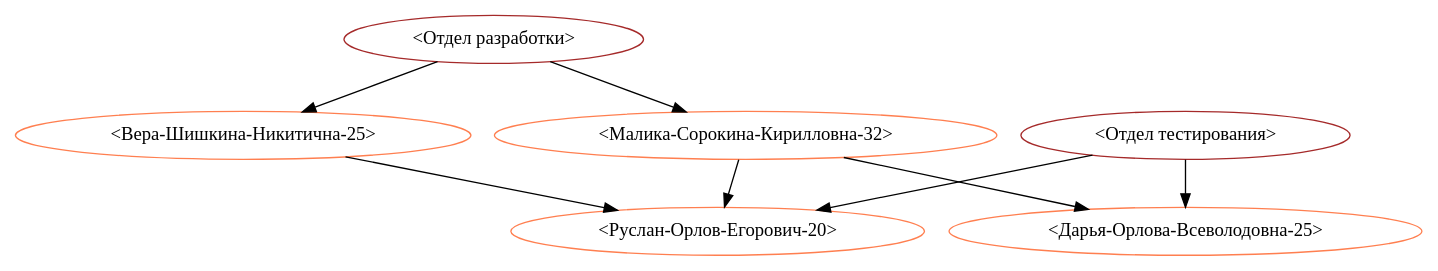
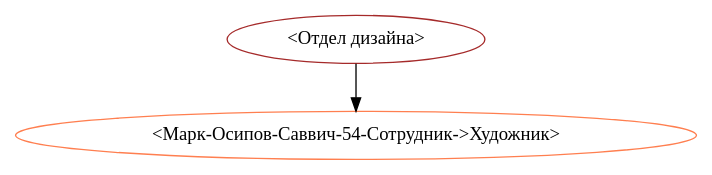
The diagram in PracticalTask1/Static/GraphDot.dot (VasiliyNichnikov/SystemDataAnalysisPracticalTask1), drawn with Graphviz before and after one commit. The commit also changed 17 other files, not shown here.

```diff
--- a/PracticalTask1/Static/GraphDot.dot
+++ b/PracticalTask1/Static/GraphDot.dot
@@ -1,15 +1,5 @@
 digraph G {
-0 [label="<Отдел тестирования>", color="#A52A2AFF"];
-1 [label="<Руслан-Орлов-Егорович-20>", color="#FF7F50FF"];
-2 [label="<Отдел разработки>", color="#A52A2AFF"];
-3 [label="<Вера-Шишкина-Никитична-25>", color="#FF7F50FF"];
-4 [label="<Малика-Сорокина-Кирилловна-32>", color="#FF7F50FF"];
-5 [label="<Дарья-Орлова-Всеволодовна-25>", color="#FF7F50FF"];
+0 [label="<Отдел дизайна>", color="#A52A2AFF"];
+1 [label="<Марк-Осипов-Саввич-54-Сотрудник->Художник>", color="#FF7F50FF"];
 0 -> 1 [];
-0 -> 5 [];
-2 -> 3 [];
-2 -> 4 [];
-3 -> 1 [];
-4 -> 1 [];
-4 -> 5 [];
 }
```
